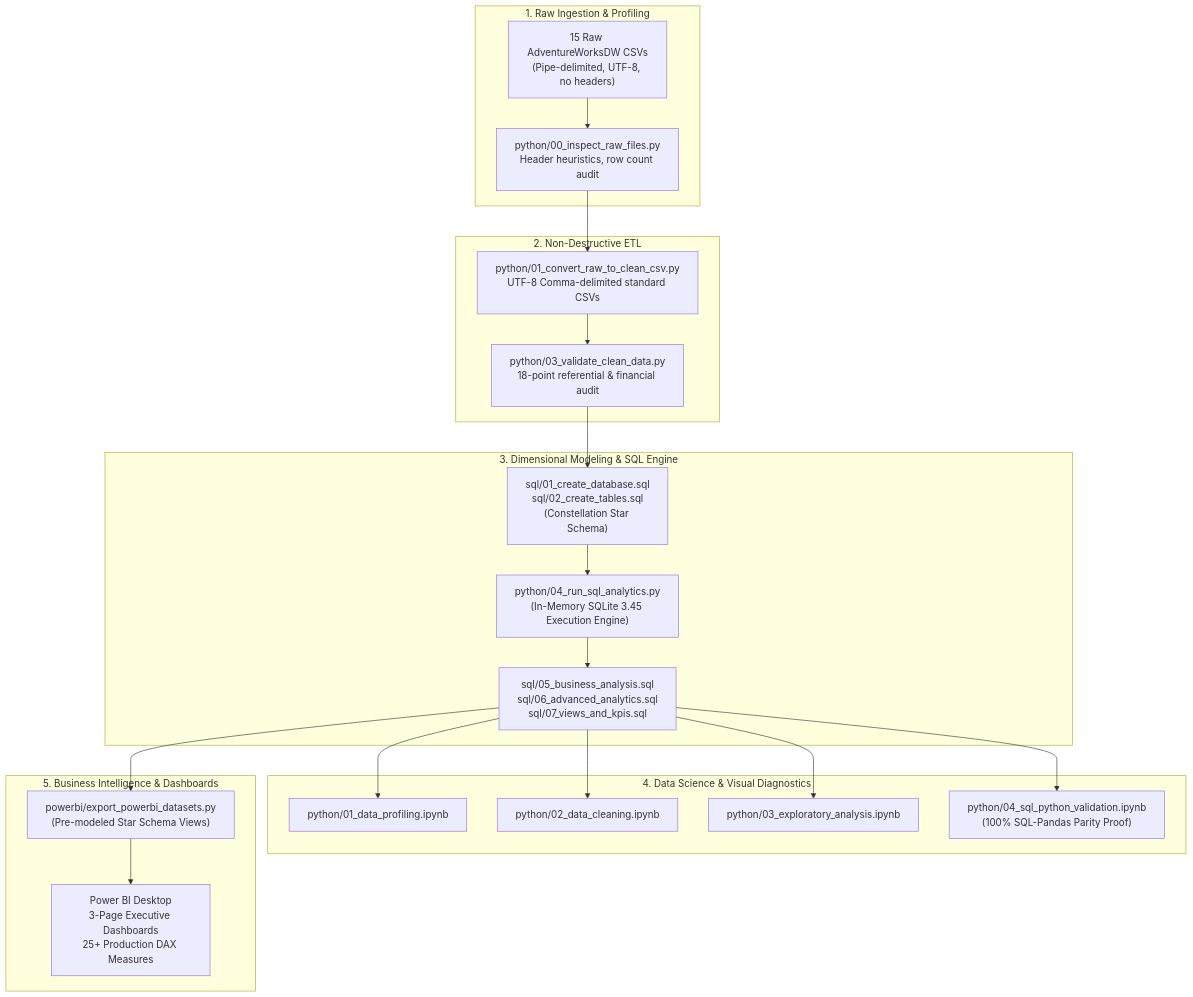
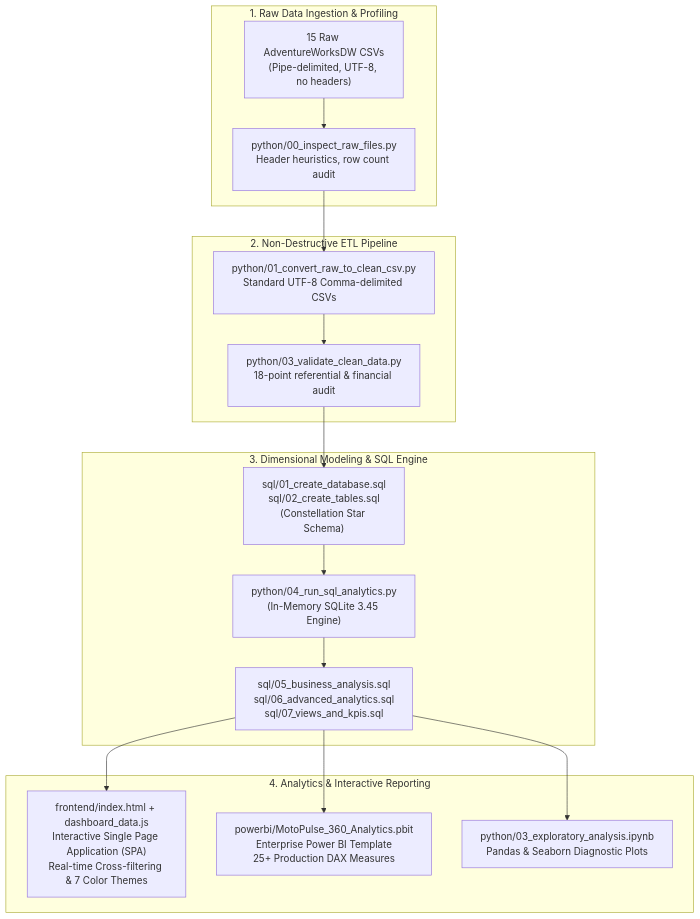
The first of 2 diagrams in README.md (nayanaastakar/MotoPulse-360-Sales-Inventory-Profitability-Analytics), drawn with Mermaid before and after one commit. The commit also changed other lines of this file and 17 other files, not shown here.

````diff
--- a/README.md
+++ b/README.md
@@ -56,31 +91,25 @@
 ```mermaid
 flowchart TD
-    subgraph S1["1. Raw Ingestion & Profiling"]
+    subgraph Ingestion["1. Raw Data Ingestion & Profiling"]
         R1["15 Raw AdventureWorksDW CSVs<br/>(Pipe-delimited, UTF-8, no headers)"]
         P1["python/00_inspect_raw_files.py<br/>Header heuristics, row count audit"]
         R1 --> P1
     end
 
-    subgraph S2["2. Non-Destructive ETL"]
-        P1 --> E1["python/01_convert_raw_to_clean_csv.py<br/>UTF-8 Comma-delimited standard CSVs"]
+    subgraph ETL["2. Non-Destructive ETL Pipeline"]
+        P1 --> E1["python/01_convert_raw_to_clean_csv.py<br/>Standard UTF-8 Comma-delimited CSVs"]
         E1 --> V1["python/03_validate_clean_data.py<br/>18-point referential & financial audit"]
     end
 
-    subgraph S3["3. Dimensional Modeling & SQL Engine"]
+    subgraph Modeling["3. Dimensional Modeling & SQL Engine"]
         V1 --> DDL["sql/01_create_database.sql<br/>sql/02_create_tables.sql<br/>(Constellation Star Schema)"]
-        DDL --> SQLExec["python/04_run_sql_analytics.py<br/>(In-Memory SQLite 3.45 Execution Engine)"]
+        DDL --> SQLExec["python/04_run_sql_analytics.py<br/>(In-Memory SQLite 3.45 Engine)"]
         SQLExec --> SQLViews["sql/05_business_analysis.sql<br/>sql/06_advanced_analytics.sql<br/>sql/07_views_and_kpis.sql"]
     end
 
-    subgraph S4["4. Data Science & Visual Diagnostics"]
-        SQLViews --> NB1["python/01_data_profiling.ipynb"]
-        SQLViews --> NB2["python/02_data_cleaning.ipynb"]
-        SQLViews --> NB3["python/03_exploratory_analysis.ipynb"]
-        SQLViews --> NB4["python/04_sql_python_validation.ipynb<br/>(100% SQL-Pandas Parity Proof)"]
-    end
-
-    subgraph S5["5. Business Intelligence & Dashboards"]
-        SQLViews --> PBIExp["powerbi/export_powerbi_datasets.py<br/>(Pre-modeled Star Schema Views)"]
-        PBIExp --> PBIDash["Power BI Desktop<br/>3-Page Executive Dashboards<br/>25+ Production DAX Measures"]
+    subgraph Delivery["4. Analytics & Interactive Reporting"]
+        SQLViews --> WEB["frontend/index.html + dashboard_data.js<br/>Interactive Single Page Application (SPA)<br/>Real-time Cross-filtering & 7 Color Themes"]
+        SQLViews --> PBI["powerbi/MotoPulse_360_Analytics.pbit<br/>Enterprise Power BI Template<br/>25+ Production DAX Measures"]
+        SQLViews --> SCI["python/03_exploratory_analysis.ipynb<br/>Pandas & Seaborn Diagnostic Plots"]
     end
 ```
````
